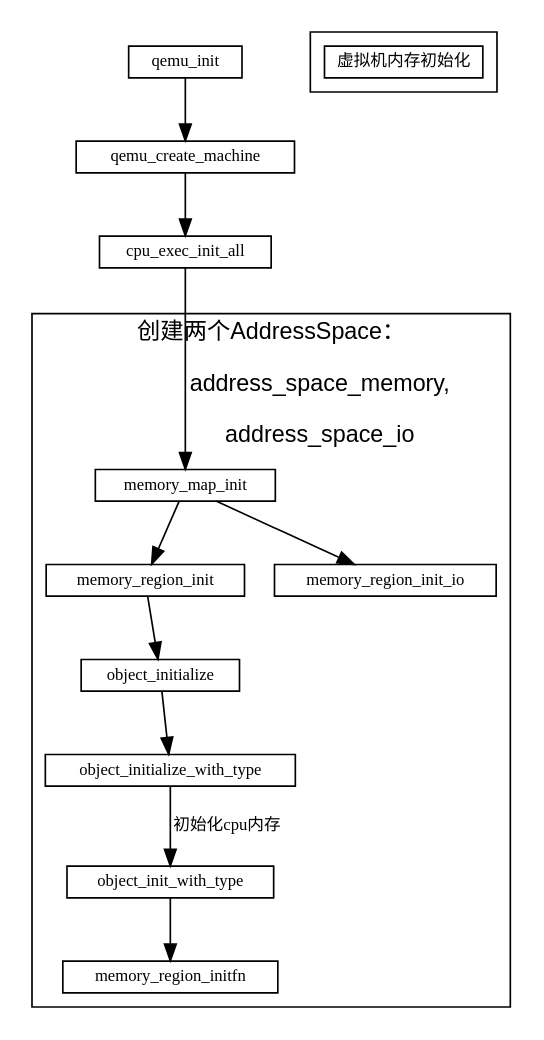
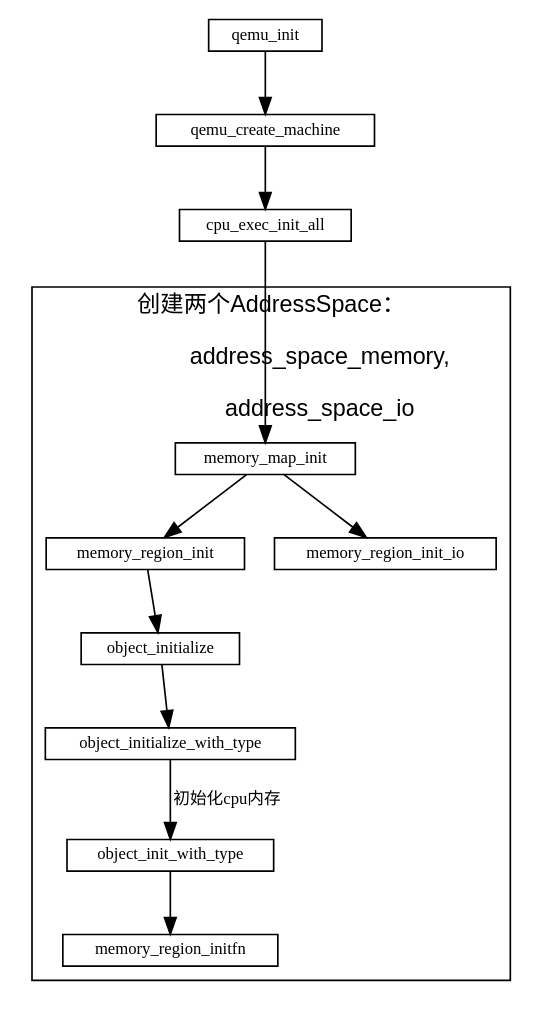
One commit to sisyphus1212/note changed the diagram in qemu/qemu-kvm内存虚拟化.md. Above: the diagram before and after it, drawn with Graphviz.

Commit message:
auto_update

````diff
--- a/qemu/qemu-kvm内存虚拟化.md
+++ b/qemu/qemu-kvm内存虚拟化.md
@@ -10,36 +10,36 @@
 ```graphviz
 digraph {
     fontname="Helvetica,Arial,sans-serif"
     //node [fontname="Helvetica,Arial,sans-serif"]
     //edge [fontname="Helvetica,Arial,sans-serif"]
     //rankdir="LR"
     node [fontsize=10, shape=record, height=0.25]
     edge [fontsize=10]
     subgraph memory_map_init {
         label="创建两个AddressSpace：\n
                 address_space_memory,\n
                 address_space_io";
 
         cluster=true;
         memory_map_init
                 -> memory_region_init
                 -> object_initialize
                 -> object_initialize_with_type
                 object_initialize_with_type
                 -> object_init_with_type[label="初始化cpu内存"]
                 object_init_with_type
                 -> memory_region_initfn
               memory_map_init
                 -> memory_region_init_io
     }
 
     subgraph vm_mem_alloc {
         cluster=true;
-        "虚拟机内存初始化"
+        label="虚拟机内存初始化"
     }
     qemu_init -> qemu_create_machine
               -> cpu_exec_init_all
               -> memory_map_init
 
 }
 ```
````
